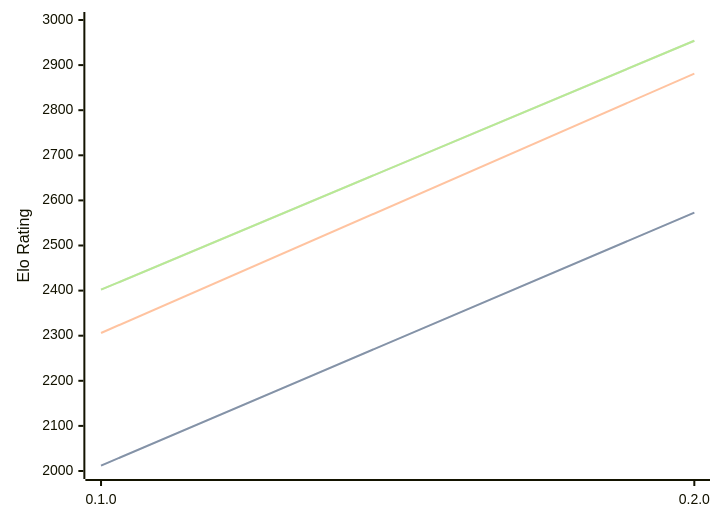
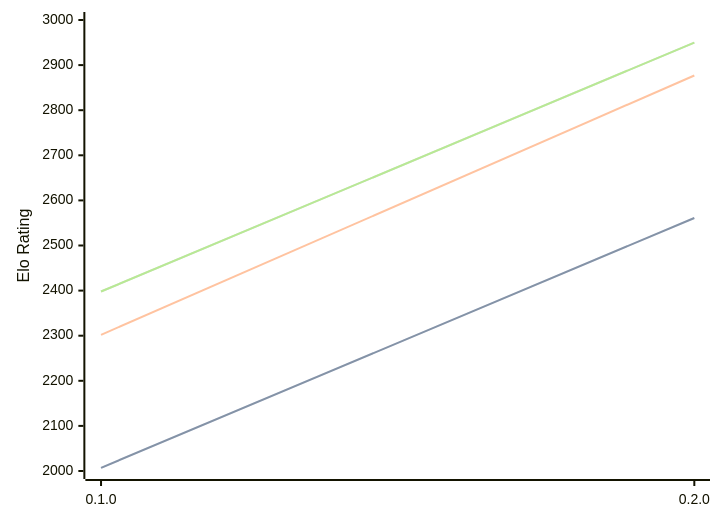
The first of 3 diagrams in engines/Justbot.md (computer-chess-index/cci), drawn with Mermaid before and after one commit. The commit also changed other lines of this file, not shown here.

Commit message:
Update CCI Ratings (ELO VLTC) - 2026-07-16

````diff
--- a/engines/Justbot.md
+++ b/engines/Justbot.md
@@ -32,11 +32,11 @@
 ```mermaid
 %%{init: {"theme":"base","themeVariables":{"seriesColors:['#a3a3a3','#222221','#faa371']}}}%%
 xychart-beta
   x-axis ["0.1.0", "0.2.0"]
   y-axis "Elo Rating" 2000 --> 3000
-  line "STC (8.0+0.08s)" [2012, 2573]
-  line "STC (8.0+0.08s)" [2012, 2573]
-  line "LTC (60.0+0.60s)" [2306, 2881]
-  line "VLTC (2m24s+1.12s)" [2402, 2954]
-  line "VLTC (2m24s+1.12s)" [2402, 2954]
+  line "STC (8.0+0.08s)" [2007, 2561]
+  line "STC (8.0+0.08s)" [2007, 2561]
+  line "LTC (60.0+0.60s)" [2302, 2877]
+  line "VLTC (2m24s+1.12s)" [2398, 2950]
+  line "VLTC (2m24s+1.12s)" [2398, 2950]
 ```
````
